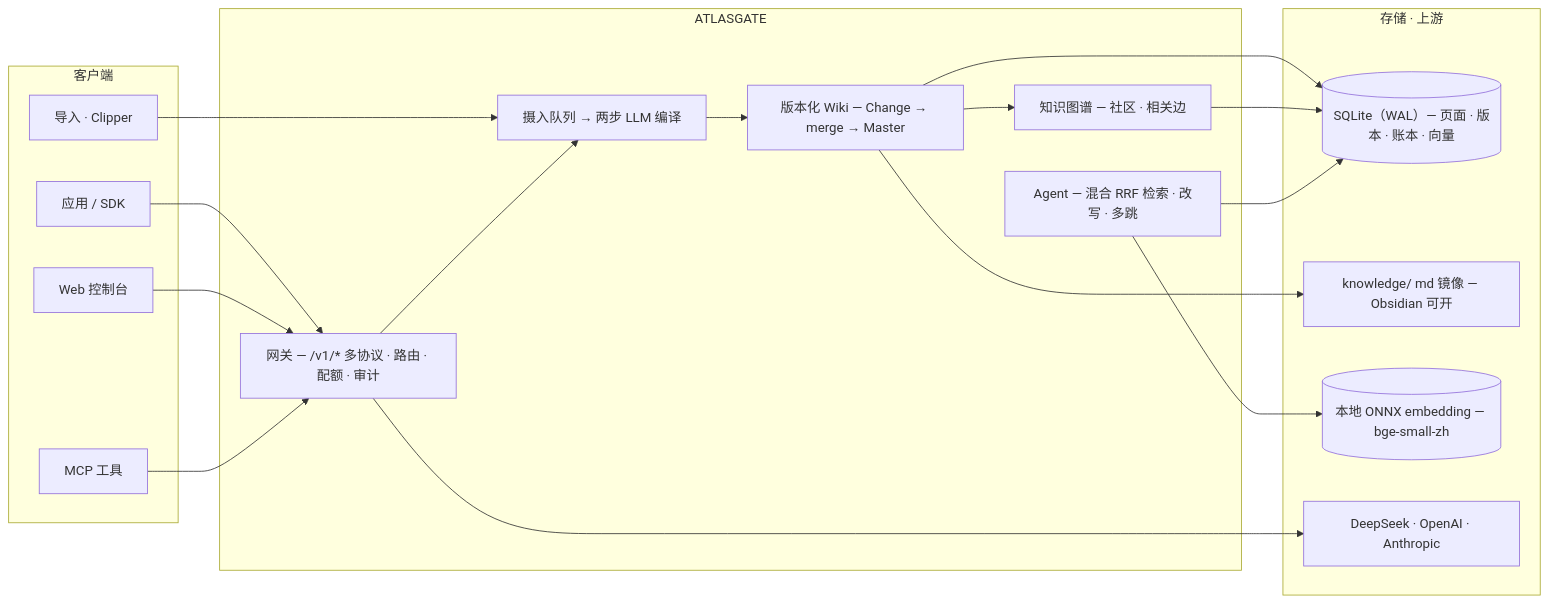
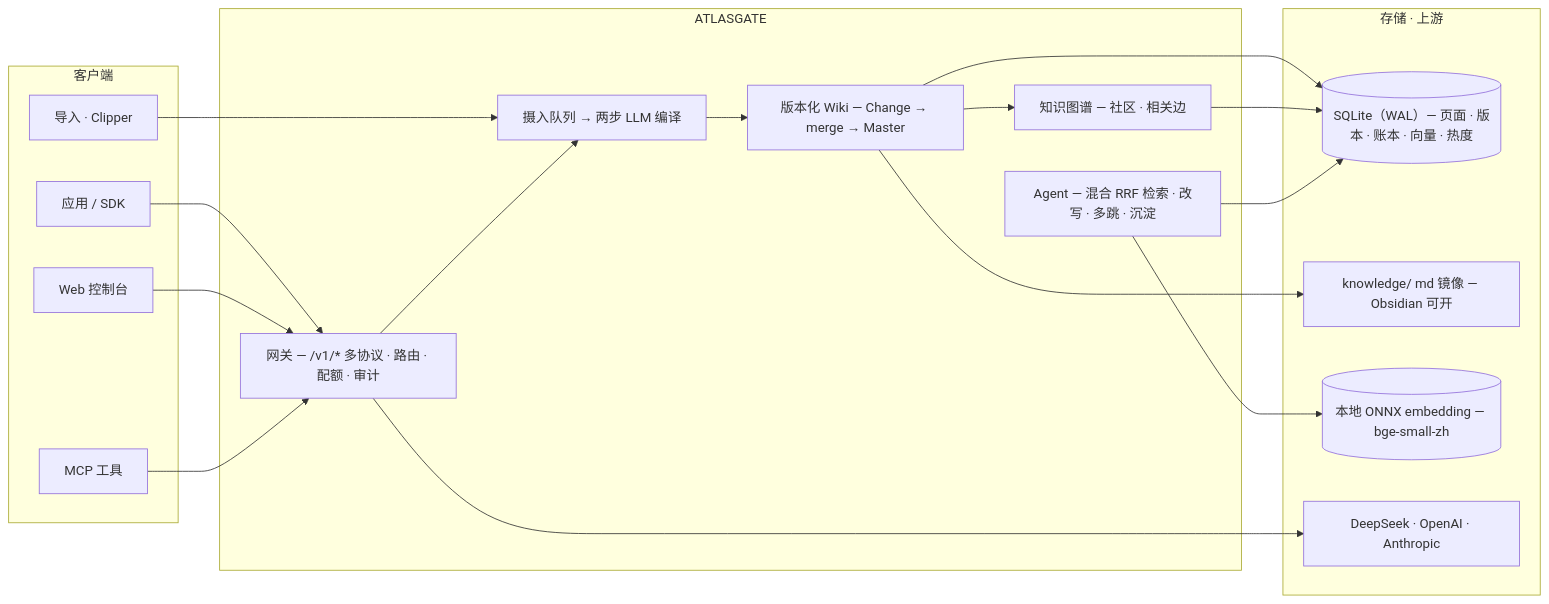
Before and after one commit to betterkite/AtlasGate: the diagram in README.md, drawn with Mermaid. The commit also changed other lines of this file and 33 other files, not shown here.

````diff
--- a/README.md
+++ b/README.md
@@ -32,35 +31,35 @@
 ```mermaid
 flowchart LR
   subgraph Clients["客户端"]
     APP["应用 / SDK"]
     WEB["Web 控制台"]
     MCP["MCP 工具"]
     IMP["导入 · Clipper"]
   end
   subgraph Core["ATLASGATE"]
     GW["网关 — /v1/* 多协议 · 路由 · 配额 · 审计"]
     ING["摄入队列 → 两步 LLM 编译"]
     WIKI["版本化 Wiki — Change → merge → Master"]
     GRAPH["知识图谱 — 社区 · 相关边"]
-    AGENT["Agent — 混合 RRF 检索 · 改写 · 多跳"]
+    AGENT["Agent — 混合 RRF 检索 · 改写 · 多跳 · 沉淀"]
   end
   subgraph Store["存储 · 上游"]
-    DB[("SQLite（WAL）— 页面 · 版本 · 账本 · 向量")]
+    DB[("SQLite（WAL）— 页面 · 版本 · 账本 · 向量 · 热度")]
     MIRROR["knowledge/ md 镜像 — Obsidian 可开"]
     EMB[("本地 ONNX embedding — bge-small-zh")]
     UP["DeepSeek · OpenAI · Anthropic"]
   end
   APP --> GW
   WEB --> GW
   MCP --> GW
   IMP --> ING
   GW --> ING
   ING --> WIKI
   WIKI --> GRAPH
   WIKI --> DB
   GRAPH --> DB
   AGENT --> DB
   AGENT --> EMB
   WIKI --> MIRROR
   GW --> UP
 ```
````
